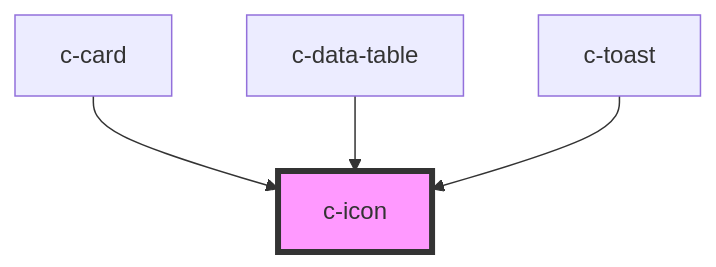
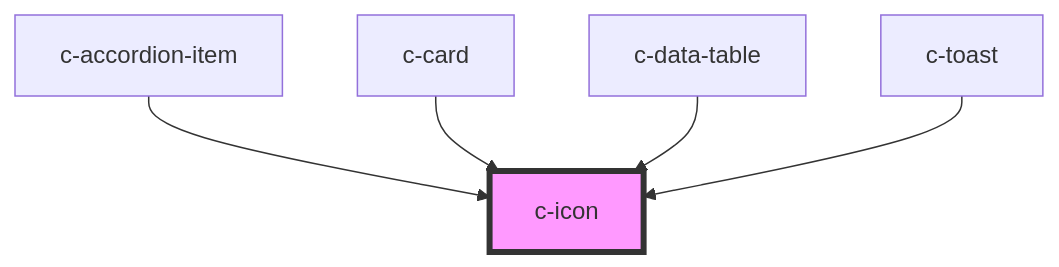
One commit to CSCfi/ui changed the diagram in packages/csc-ui/src/components/c-icon/readme.md. Above: the diagram before and after it, drawn with Mermaid. The commit also changed other lines of this file and 78 other files, not shown here.

````diff
--- a/packages/csc-ui/src/components/c-icon/readme.md
+++ b/packages/csc-ui/src/components/c-icon/readme.md
@@ -26,7 +27,8 @@
 ```mermaid
 graph TD;
+  c-accordion-item --> c-icon
   c-card --> c-icon
   c-data-table --> c-icon
   c-toast --> c-icon
   style c-icon fill:#f9f,stroke:#333,stroke-width:4px
 ```
````
